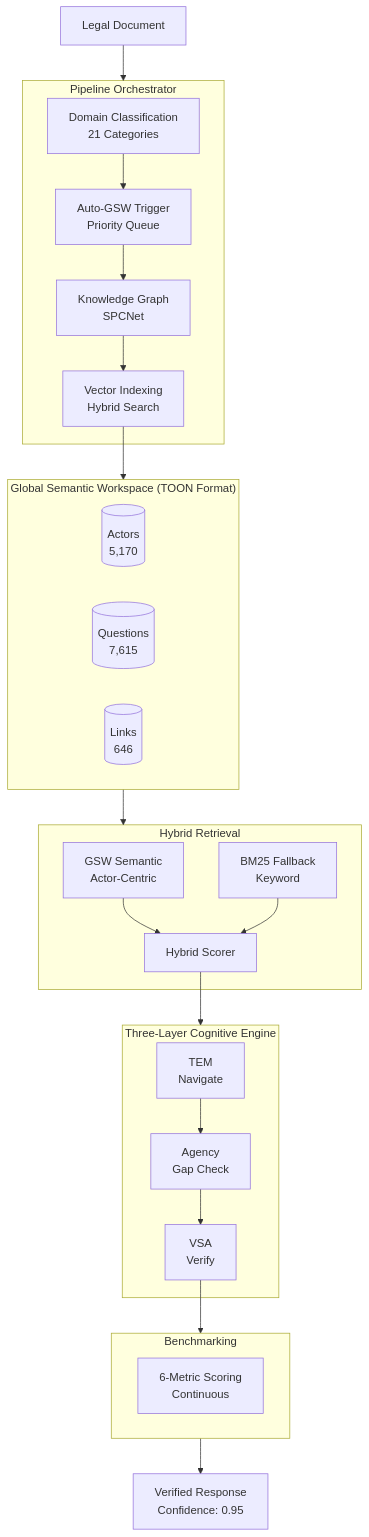
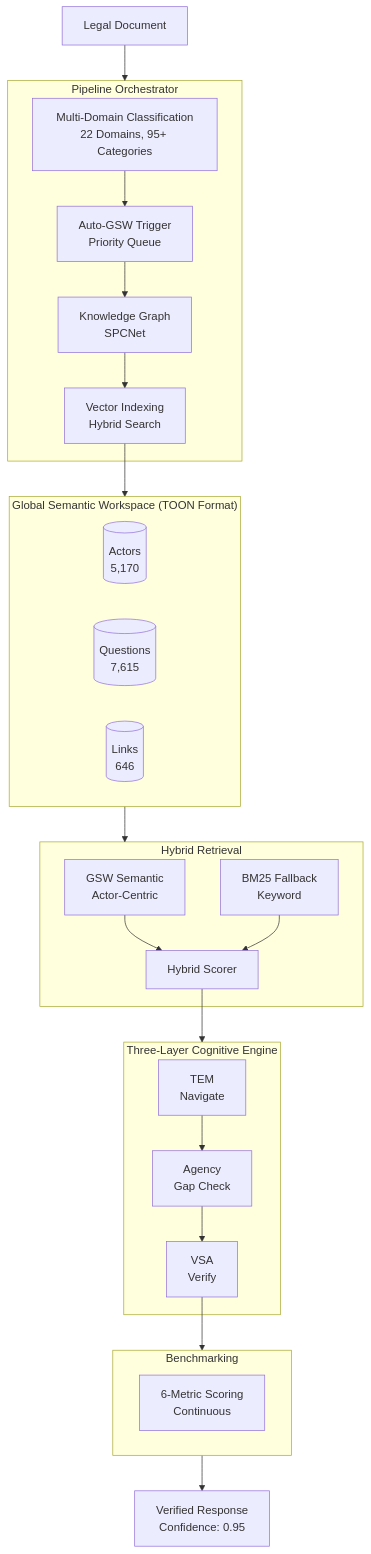
One commit to Verridian-ai/Functional-Structure-of-Episodic-Memory changed the tenth of 18 diagrams in README.md. Above: the diagram before and after it, drawn with Mermaid. The commit also changed other lines of this file and 24 other files, not shown here.

First line of the commit message:
feat: Complete classification system overhaul with multi-domain support

````diff
--- a/README.md
+++ b/README.md
@@ -511,40 +511,40 @@
 ```mermaid
 flowchart TB
     DOC[Legal Document] --> PIPELINE
 
     subgraph PIPELINE["Pipeline Orchestrator"]
-        CLASSIFY[Domain Classification<br/>21 Categories] --> EXTRACT[Auto-GSW Trigger<br/>Priority Queue]
+        CLASSIFY[Multi-Domain Classification<br/>22 Domains, 95+ Categories] --> EXTRACT[Auto-GSW Trigger<br/>Priority Queue]
         EXTRACT --> BUILD[Knowledge Graph<br/>SPCNet]
         BUILD --> INDEX[Vector Indexing<br/>Hybrid Search]
     end
 
     INDEX --> GSW
 
     subgraph GSW["Global Semantic Workspace (TOON Format)"]
         ACTORS[(Actors<br/>5,170)]
         QUESTIONS[(Questions<br/>7,615)]
         LINKS[(Links<br/>646)]
     end
 
     GSW --> RETRIEVAL
 
     subgraph RETRIEVAL["Hybrid Retrieval"]
         SEMANTIC[GSW Semantic<br/>Actor-Centric] --> HYBRID[Hybrid Scorer]
         BM25[BM25 Fallback<br/>Keyword] --> HYBRID
     end
 
     HYBRID --> ENGINE
 
     subgraph ENGINE["Three-Layer Cognitive Engine"]
         TEM[TEM<br/>Navigate] --> AGENCY[Agency<br/>Gap Check]
         AGENCY --> VSA[VSA<br/>Verify]
     end
 
     VSA --> BENCH
 
     subgraph BENCH["Benchmarking"]
         MONITOR[6-Metric Scoring<br/>Continuous]
     end
 
     BENCH --> RESPONSE[Verified Response<br/>Confidence: 0.95]
 ```
````
